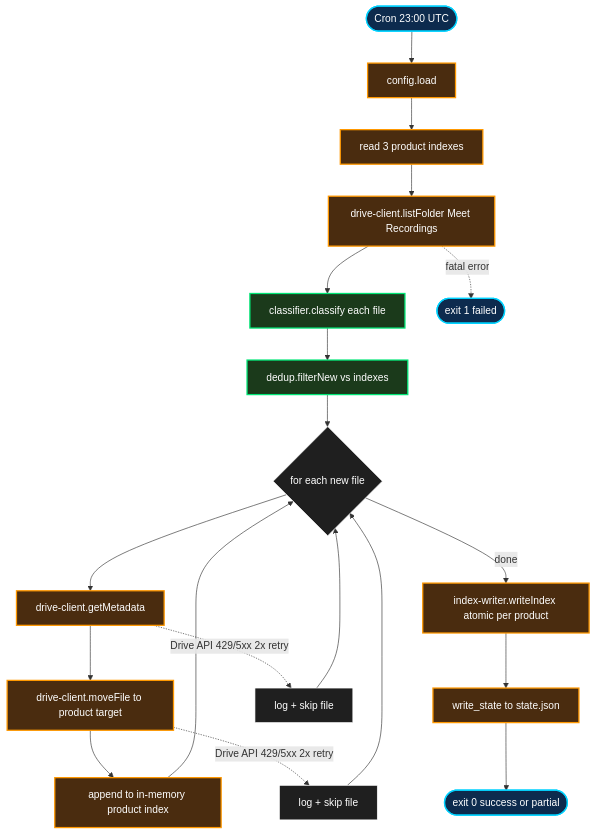
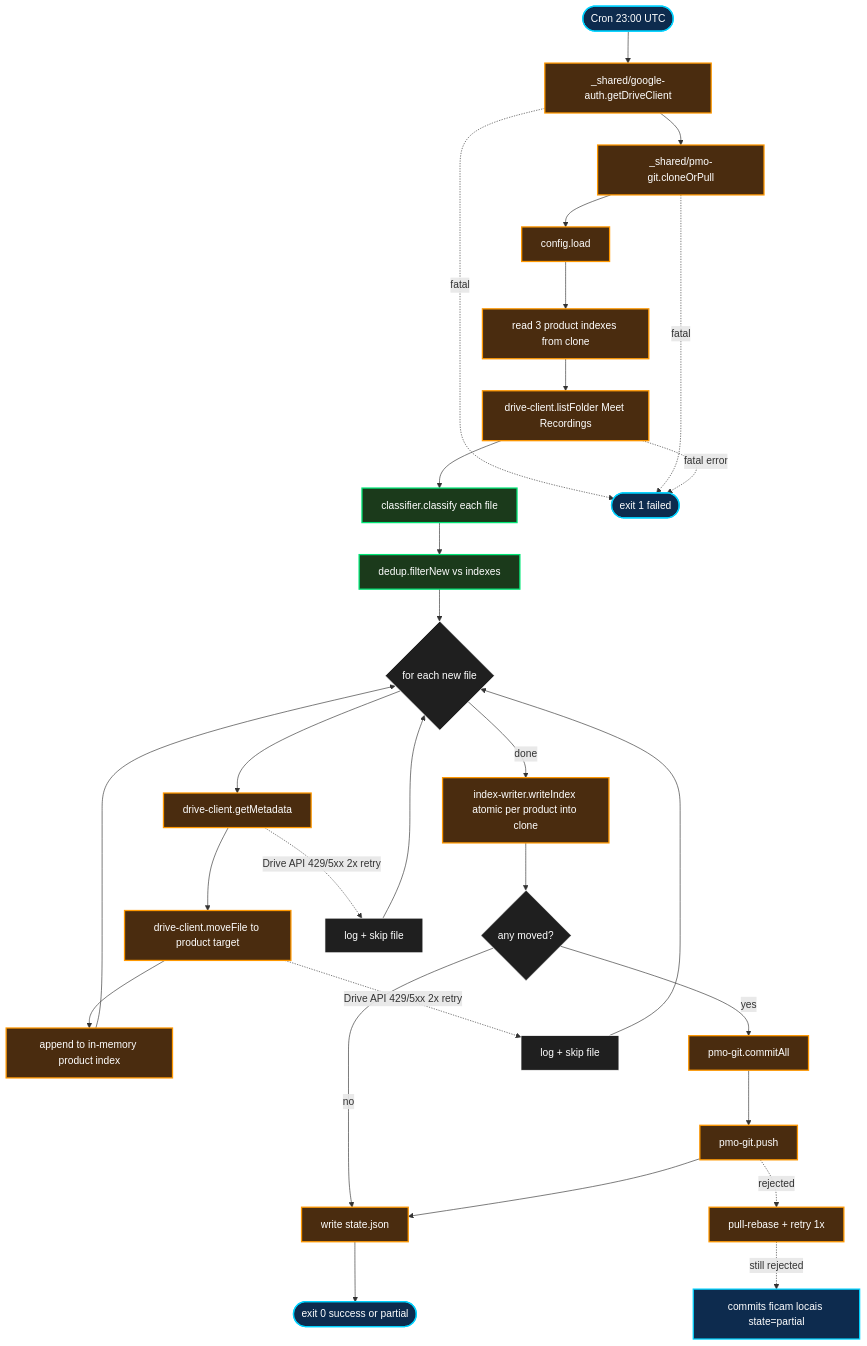
The diagram in docs/superpowers/specs/2026-04-15-meeting-index-design.md (pteru/JARVIS), drawn with Mermaid before and after one commit. The commit also changed other lines of this file, not shown here.

First line of the commit message:
docs: retrofit meeting-index to use shared pmo-git.mjs

````diff
--- a/docs/superpowers/specs/2026-04-15-meeting-index-design.md
+++ b/docs/superpowers/specs/2026-04-15-meeting-index-design.md
@@ -104,31 +106,41 @@
 ```mermaid
 flowchart TD
-    START([Cron 23:00 UTC]) --> LOAD[config.load]
-    LOAD --> READ_IDX[read 3 product indexes]
+    START([Cron 23:00 UTC]) --> AUTH[_shared/google-auth.getDriveClient]
+    AUTH --> PULL[_shared/pmo-git.cloneOrPull]
+    PULL --> LOAD[config.load]
+    LOAD --> READ_IDX[read 3 product indexes from clone]
     READ_IDX --> SCAN[drive-client.listFolder Meet Recordings]
     SCAN --> CLASSIFY[classifier.classify each file]
     CLASSIFY --> DEDUP[dedup.filterNew vs indexes]
     DEDUP --> LOOP{for each new file}
     LOOP --> META[drive-client.getMetadata]
     META --> MOVE[drive-client.moveFile to product target]
     MOVE --> UPSERT[append to in-memory product index]
     UPSERT --> LOOP
-    LOOP -->|done| WRITE_IDX[index-writer.writeIndex atomic per product]
-    WRITE_IDX --> STATE[write_state to state.json]
+    LOOP -->|done| WRITE_IDX[index-writer.writeIndex atomic per product into clone]
+    WRITE_IDX --> HASCHG{any moved?}
+    HASCHG -->|yes| COMMIT[pmo-git.commitAll]
+    HASCHG -->|no| STATE[write state.json]
+    COMMIT --> PUSH[pmo-git.push]
+    PUSH --> STATE
     STATE --> DONE([exit 0 success or partial])
 
+    AUTH -.->|fatal| FAIL([exit 1 failed])
+    PULL -.->|fatal| FAIL
     META -.->|Drive API 429/5xx 2x retry| SKIP1[log + skip file]
     MOVE -.->|Drive API 429/5xx 2x retry| SKIP2[log + skip file]
     SKIP1 --> LOOP
     SKIP2 --> LOOP
-    SCAN -.->|fatal error| FAIL([exit 1 failed])
+    SCAN -.->|fatal error| FAIL
+    PUSH -.->|rejected| REBASE[pull-rebase + retry 1x]
+    REBASE -.->|still rejected| PARTIAL[commits ficam locais state=partial]
 
     classDef default fill:#1f1f1f,stroke:#fff,stroke-width:1px,color:#fff
     classDef pure fill:#1b3a1b,stroke:#00e676,stroke-width:2px,color:#fff
     classDef io fill:#4a2c0f,stroke:#ff9800,stroke-width:2px,color:#fff
     classDef start fill:#0d2b4e,stroke:#00d2ff,stroke-width:2px,color:#fff
 
-    class START,DONE,FAIL start
+    class START,DONE,FAIL,PARTIAL start
     class CLASSIFY,DEDUP pure
-    class LOAD,READ_IDX,SCAN,META,MOVE,UPSERT,WRITE_IDX,STATE io
+    class AUTH,PULL,LOAD,READ_IDX,SCAN,META,MOVE,UPSERT,WRITE_IDX,COMMIT,PUSH,REBASE,STATE io
 ```
````
